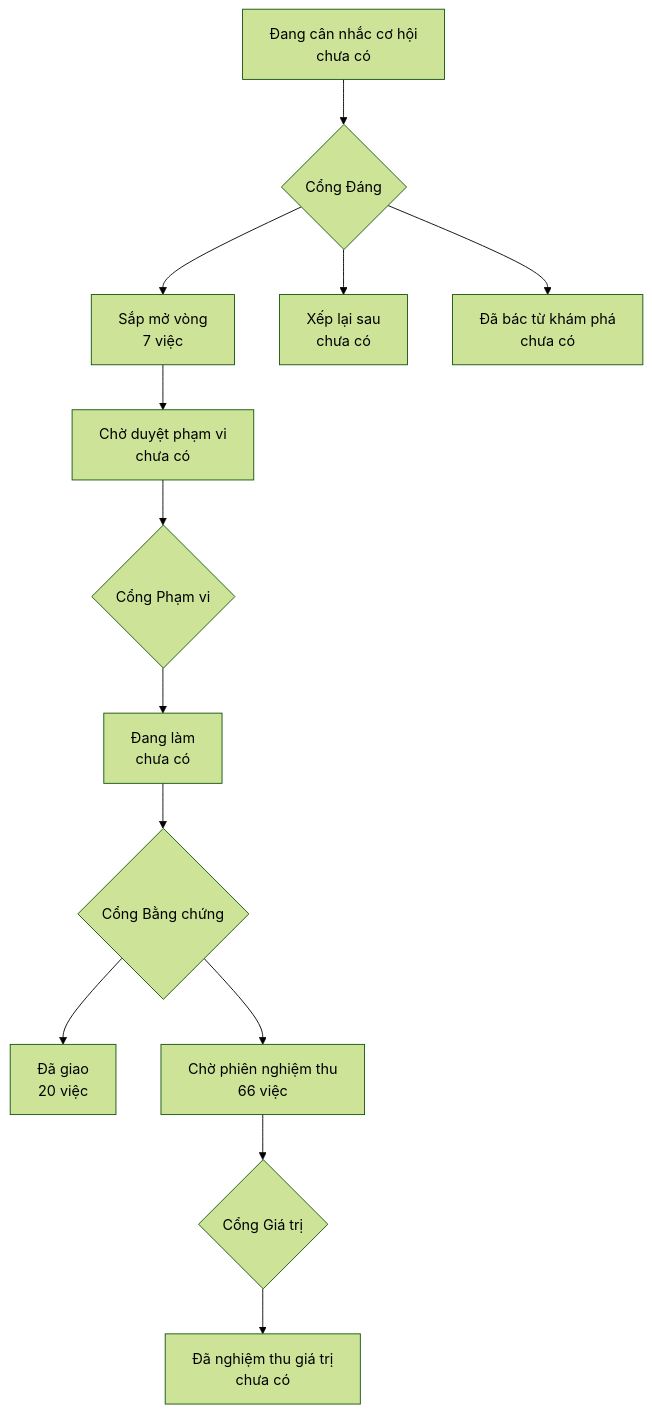
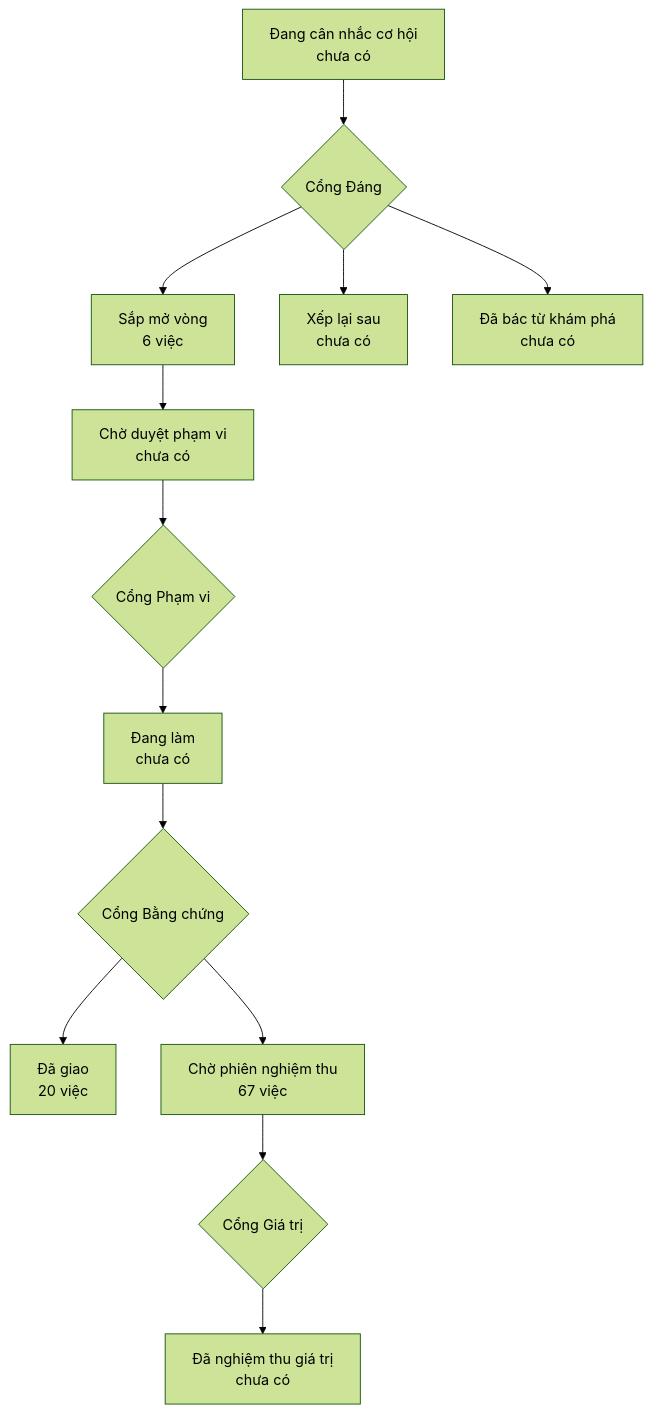
The diagram in PRODUCT-MAP.md (phanlemanh/onehub-quy-hang), drawn with Mermaid (forest theme) before and after one commit. The commit also changed 1 other file, not shown here.

Commit message:
chore: vẽ lại bản đồ sản phẩm và lộ trình sau gộp main

````diff
--- a/PRODUCT-MAP.md
+++ b/PRODUCT-MAP.md
@@ -7,12 +7,12 @@
 ```mermaid
 flowchart TD
   A["Đang cân nhắc cơ hội<br/>chưa có"] --> GD{"Cổng Đáng"}
-  GD --> B["Sắp mở vòng<br/>7 việc"]
+  GD --> B["Sắp mở vòng<br/>6 việc"]
   GD --> XL["Xếp lại sau<br/>chưa có"]
   GD --> DB["Đã bác từ khám phá<br/>chưa có"]
   B --> CD["Chờ duyệt phạm vi<br/>chưa có"] --> GP{"Cổng Phạm vi"}
   GP --> DL["Đang làm<br/>chưa có"] --> GB{"Cổng Bằng chứng"}
   GB --> DG["Đã giao<br/>20 việc"]
-  GB --> CN["Chờ phiên nghiệm thu<br/>66 việc"] --> GG{"Cổng Giá trị"}
+  GB --> CN["Chờ phiên nghiệm thu<br/>67 việc"] --> GG{"Cổng Giá trị"}
   GG --> NT["Đã nghiệm thu giá trị<br/>chưa có"]
 ```
````
